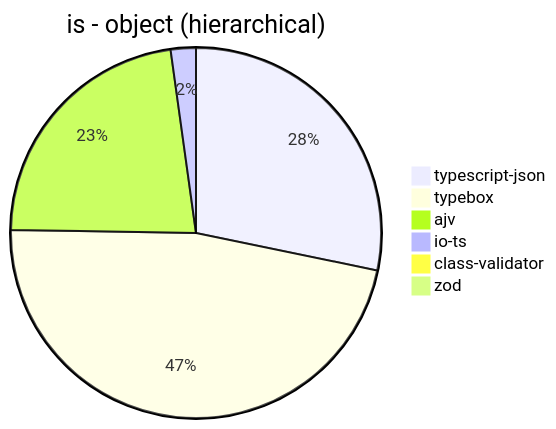
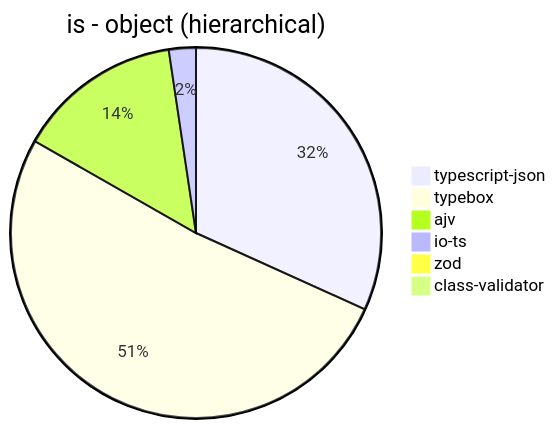
The first of 39 diagrams in benchmark/results/AMD Ryzen 9 5900HX with Radeon Graphics.md (samchon/typia), drawn with Mermaid before and after one commit. The commit also changed other lines of this file and 3 other files, not shown here.

````diff
--- a/benchmark/results/AMD Ryzen 9 5900HX with Radeon Graphics.md
+++ b/benchmark/results/AMD Ryzen 9 5900HX with Radeon Graphics.md
@@ -21,9 +21,9 @@
 ```mermaid
 pie title is - object (hierarchical)
-  "typescript-json": 117845.05232237928
-  "typebox": 196188.82395909424
-  "ajv": 94026.64430780697
-  "io-ts": 9165.611028315945
-  "class-validator": 65.35720493655484
-  "zod": 429.7460259455509
+  "typescript-json": 121233.9086659475
+  "typebox": 196522.61029411762
+  "ajv": 54996.344361177114
+  "io-ts": 8990.815576781779
+  "zod": 419.830843980565
+  "class-validator": 68.70648589226823
 ```
````
